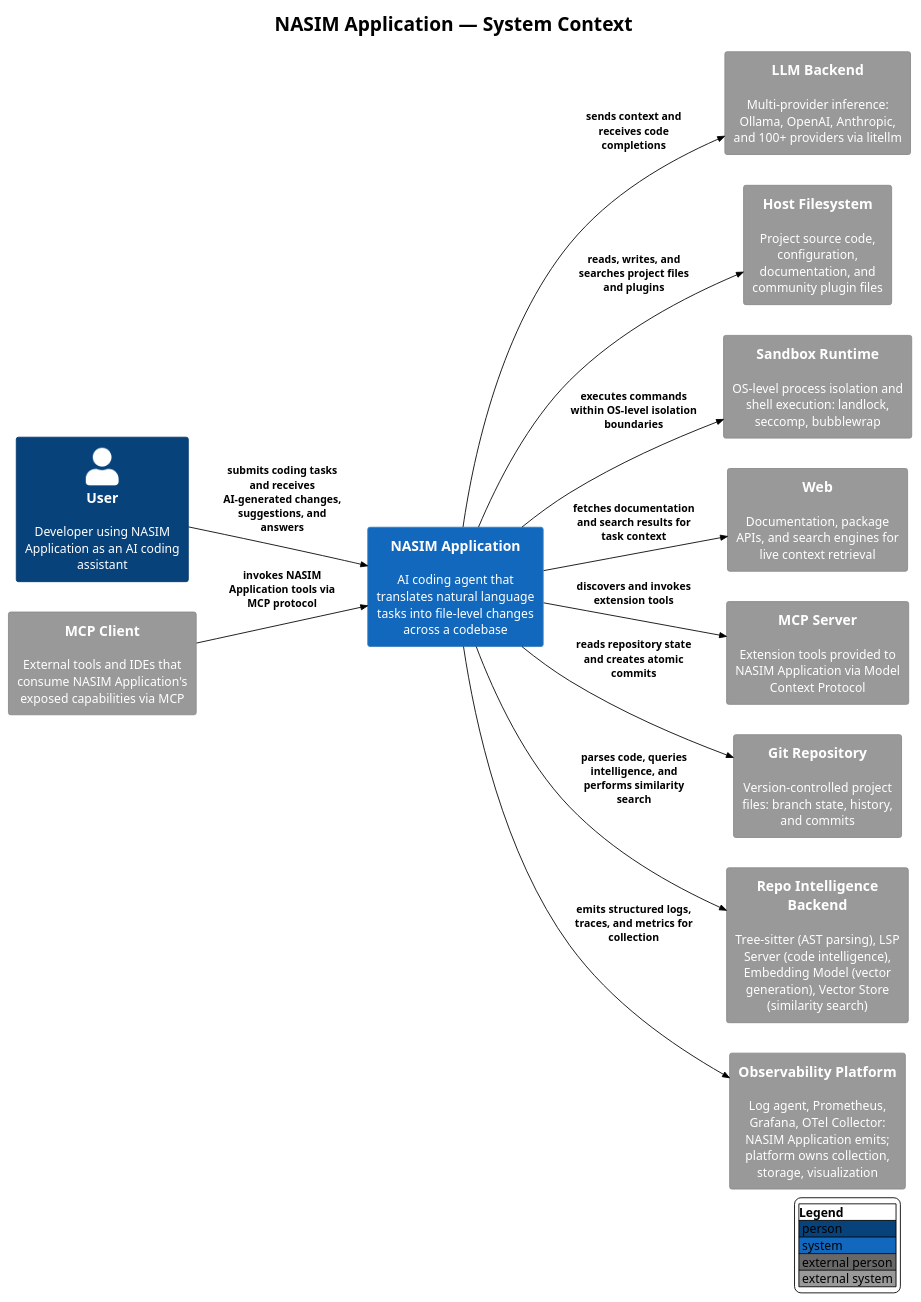
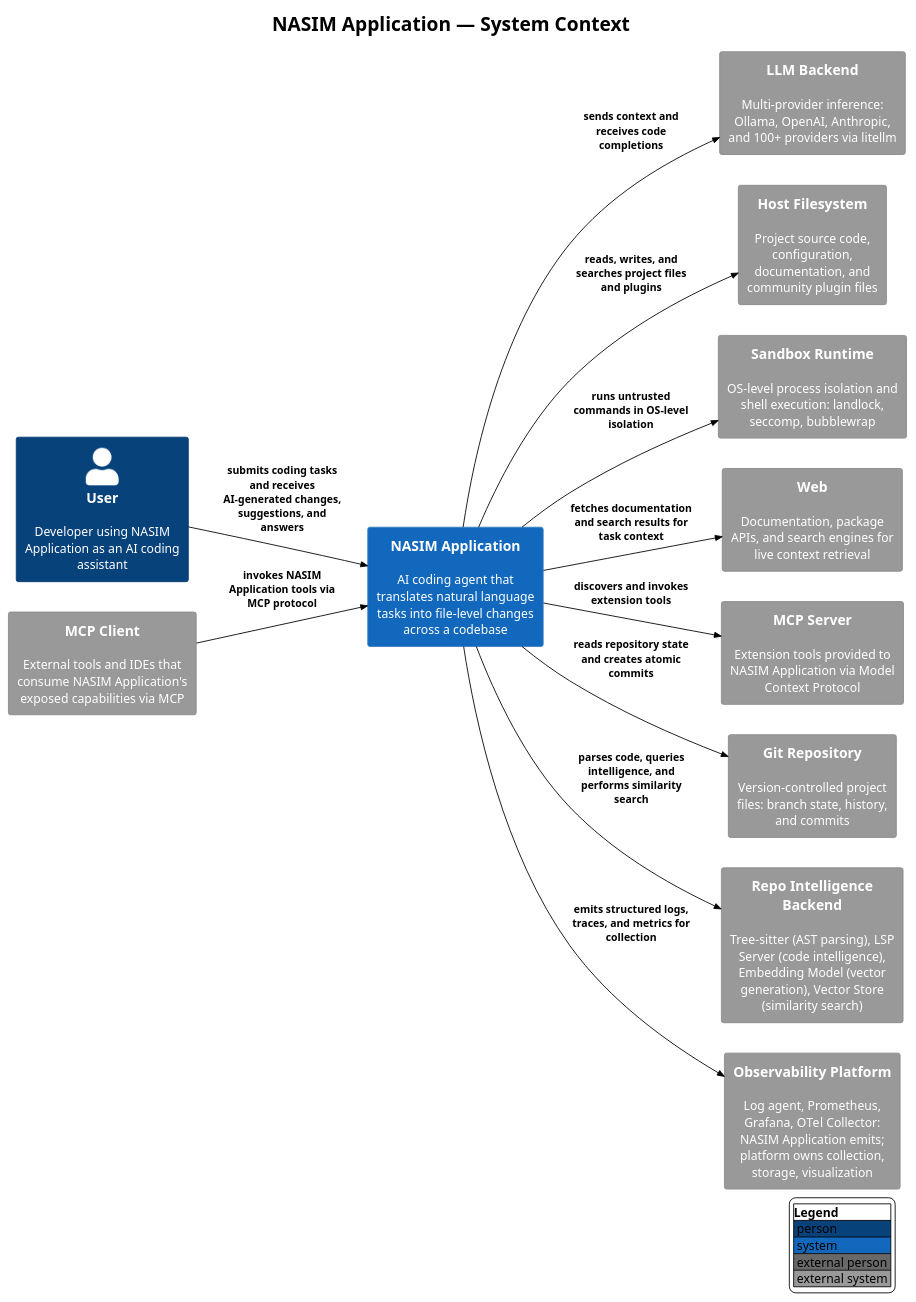
The diagram in docs/C4/c4_nasim_context.puml (salimnamvar/nasim), drawn with PlantUML before and after one commit.

Commit message:
docs(C4): Clarify grouping of Repo Intelligence Backend and update versioning details in context diagram

```diff
--- a/docs/C4/c4_nasim_context.puml
+++ b/docs/C4/c4_nasim_context.puml
@@ -1,65 +1,68 @@
 @startuml c4_nasim_context
 !include https://raw.githubusercontent.com/plantuml-stdlib/C4-PlantUML/v2.10.0/C4_Context.puml
 !theme plain
 
 ' ============================================================
 ' Title:     NASIM Application — System Context
 ' Boundary:  NASIM Application
 ' Purpose:   Show NASIM Application as a code-agent system with one User actor
 '            and all external systems it depends on or is consumed by.
 '
 '            ABSTRACTION LEVEL NOTES:
 '            This is Level 1 (Context). It shows what the system IS and
 '            what it INTERACTS with — not how it works internally.
 '            No containers, no components, no protocols.
 '
 '            GROUPING DECISIONS (SIM-01 / SE-04):
 '            - Plugin Directory is grouped under Host Filesystem because
 '              plugins are accessed via filesystem reads at startup.
 '            - Host Shell is grouped under Sandbox Runtime because the
 '              sandbox mediates all shell execution; the shell is not a
 '              direct external dependency of NASIM Application.
 '            - Tree-sitter, Embedding Model, Vector Store, and LSP Server
-'              are grouped as Repo Intelligence Backend because they are
-'              all consumed by the Repo Intelligence subsystem (RIM) for
-'              code understanding.
+'              are grouped as Repo Intelligence Backend. This is a
+'              Context-level simplification: all four are consumed by the
+'              Repo Intelligence subsystem (RIM) for code understanding.
+'              Their distinct responsibilities (AST parsing vs. code
+'              intelligence vs. vector operations) are detailed in the
+'              Component diagram (c4_nasim_component_repo_intelligence.puml).
 '            - OTel Collector is grouped under Observability Platform
 '              because it is part of the platform's collection pipeline.
 '
 ' Milestone: v1.0
-' Version:   9.1.2
+' Version:   9.1.3
 ' Source:    docs/entities.md, docs/C4/README.md
-' Review:    CAR audit 2026-06-25 – final polish
+' Review:    CAR audit 2026-06-25 – zero defect
 ' ============================================================
 
 LAYOUT_LEFT_RIGHT()
 LAYOUT_WITH_LEGEND()
 
 title NASIM Application — System Context
 
 Person(user, "User", "Developer using NASIM Application as an AI coding assistant")
 
 System(nasim_application, "NASIM Application", "AI coding agent that translates natural language tasks into file-level changes across a codebase")
 
 System_Ext(llm_backend, "LLM Backend", "Multi-provider inference: Ollama, OpenAI, Anthropic, and 100+ providers via litellm")
 System_Ext(host_fs, "Host Filesystem", "Project source code, configuration, documentation, and community plugin files")
 System_Ext(sandbox, "Sandbox Runtime", "OS-level process isolation and shell execution: landlock, seccomp, bubblewrap")
 System_Ext(web, "Web", "Documentation, package APIs, and search engines for live context retrieval")
 System_Ext(mcp_server, "MCP Server", "Extension tools provided to NASIM Application via Model Context Protocol")
 System_Ext(mcp_client, "MCP Client", "External tools and IDEs that consume NASIM Application's exposed capabilities via MCP")
 System_Ext(git_repo, "Git Repository", "Version-controlled project files: branch state, history, and commits")
 System_Ext(repo_intel, "Repo Intelligence Backend", "Tree-sitter (AST parsing), LSP Server (code intelligence), Embedding Model (vector generation), Vector Store (similarity search)")
 System_Ext(obs_platform, "Observability Platform", "Log agent, Prometheus, Grafana, OTel Collector: NASIM Application emits; platform owns collection, storage, visualization")
 
 Rel(user, nasim_application, "submits coding tasks and receives AI-generated changes, suggestions, and answers")
 Rel(nasim_application, llm_backend, "sends context and receives code completions")
 Rel(nasim_application, host_fs, "reads, writes, and searches project files and plugins")
-Rel(nasim_application, sandbox, "executes commands within OS-level isolation boundaries")
+Rel(nasim_application, sandbox, "runs untrusted commands in OS-level isolation")
 Rel(nasim_application, web, "fetches documentation and search results for task context")
 Rel(nasim_application, mcp_server, "discovers and invokes extension tools")
 Rel(mcp_client, nasim_application, "invokes NASIM Application tools via MCP protocol")
 Rel(nasim_application, git_repo, "reads repository state and creates atomic commits")
 Rel(nasim_application, repo_intel, "parses code, queries intelligence, and performs similarity search")
 Rel(nasim_application, obs_platform, "emits structured logs, traces, and metrics for collection")
 
 @enduml
```
